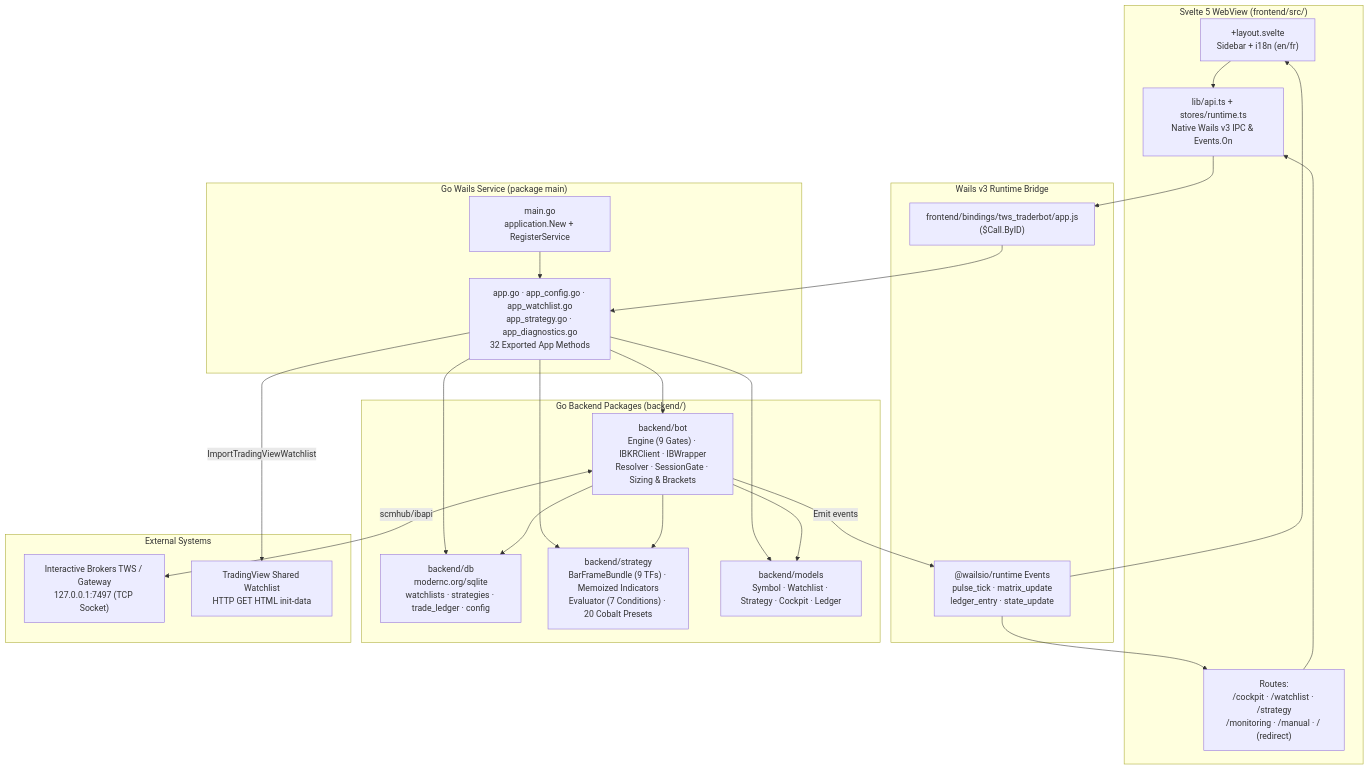
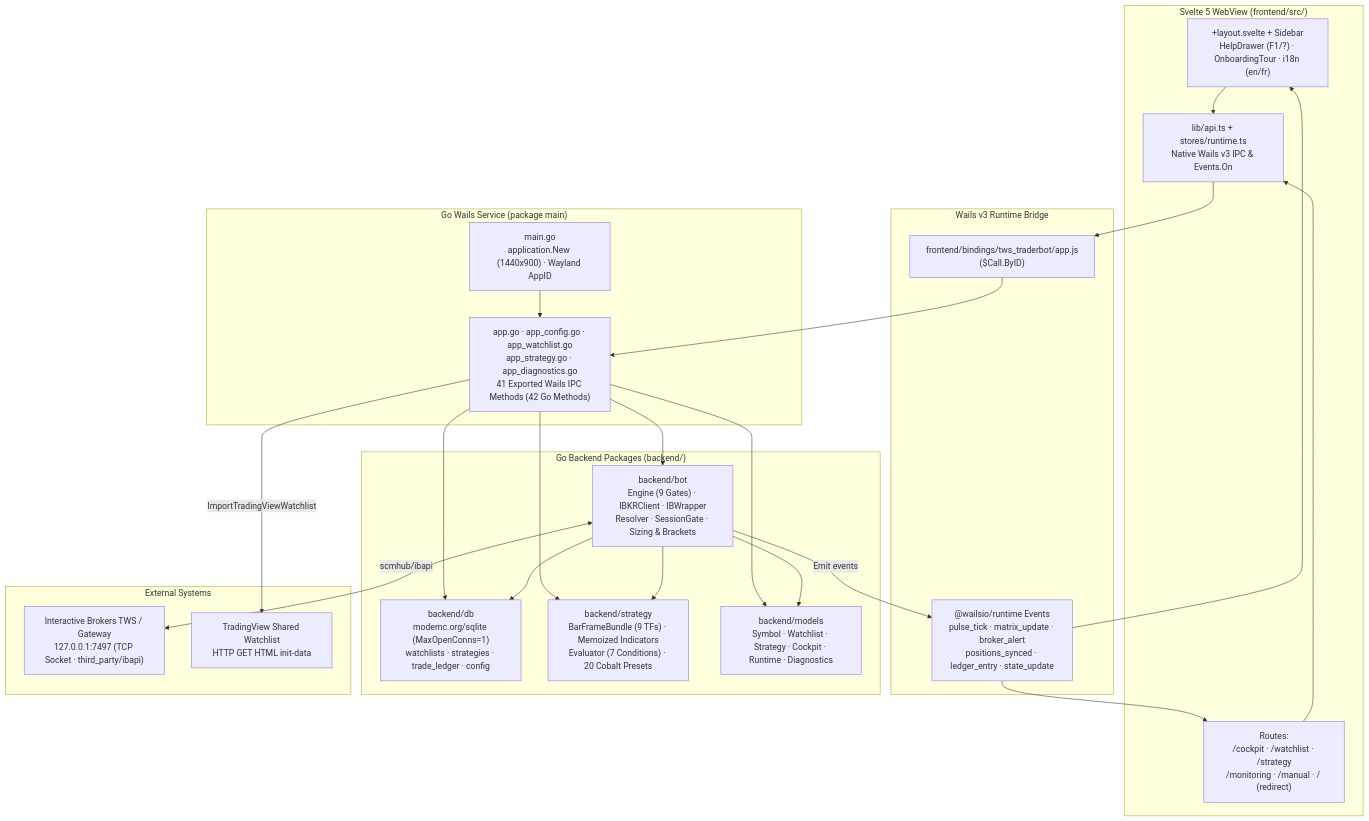
One commit to Boostao/tws_tradingbot changed the first of 2 diagrams in okf/02_present_state/system_architecture.md. Above: the diagram before and after it, drawn with Mermaid. The commit also changed other lines of this file and 541 other files, not shown here.

Commit message:
feat: complete Cobalt V2 cockpit, live TWS telemetry, brand system, workbench, and onboarding

````diff
--- a/okf/02_present_state/system_architecture.md
+++ b/okf/02_present_state/system_architecture.md
@@ -12,48 +12,48 @@
 ```mermaid
 flowchart TB
     subgraph UI["Svelte 5 WebView (frontend/src/)"]
-        Layout["+layout.svelte<br/>Sidebar + i18n (en/fr)"]
+        Layout["+layout.svelte + Sidebar<br/>HelpDrawer (F1/?) · OnboardingTour · i18n (en/fr)"]
         Routes["Routes:<br/>/cockpit · /watchlist · /strategy<br/>/monitoring · /manual · / (redirect)"]
         ApiTS["lib/api.ts + stores/runtime.ts<br/>Native Wails v3 IPC &amp; Events.On"]
     end
 
     subgraph IPC["Wails v3 Runtime Bridge"]
         Bindings["frontend/bindings/tws_traderbot/app.js<br/>($Call.ByID)"]
-        Events["@wailsio/runtime Events<br/>pulse_tick · matrix_update<br/>ledger_entry · state_update"]
+        Events["@wailsio/runtime Events<br/>pulse_tick · matrix_update · broker_alert<br/>positions_synced · ledger_entry · state_update"]
     end
 
     subgraph AppSvc["Go Wails Service (package main)"]
-        Main["main.go<br/>application.New + RegisterService"]
-        AppCore["app.go · app_config.go · app_watchlist.go<br/>app_strategy.go · app_diagnostics.go<br/>32 Exported App Methods"]
+        Main["main.go<br/>application.New (1440x900) · Wayland AppID"]
+        AppCore["app.go · app_config.go · app_watchlist.go<br/>app_strategy.go · app_diagnostics.go<br/>41 Exported Wails IPC Methods (42 Go Methods)"]
     end
 
     subgraph Backend["Go Backend Packages (backend/)"]
-        DB["backend/db<br/>modernc.org/sqlite<br/>watchlists · strategies · trade_ledger · config"]
+        DB["backend/db<br/>modernc.org/sqlite (MaxOpenConns=1)<br/>watchlists · strategies · trade_ledger · config"]
         Bot["backend/bot<br/>Engine (9 Gates) · IBKRClient · IBWrapper<br/>Resolver · SessionGate · Sizing &amp; Brackets"]
         Strat["backend/strategy<br/>BarFrameBundle (9 TFs) · Memoized Indicators<br/>Evaluator (7 Conditions) · 20 Cobalt Presets"]
-        Models["backend/models<br/>Symbol · Watchlist · Strategy · Cockpit · Ledger"]
+        Models["backend/models<br/>Symbol · Watchlist · Strategy · Cockpit · Runtime · Diagnostics"]
     end
 
     subgraph External["External Systems"]
-        TWS["Interactive Brokers TWS / Gateway<br/>127.0.0.1:7497 (TCP Socket)"]
+        TWS["Interactive Brokers TWS / Gateway<br/>127.0.0.1:7497 (TCP Socket · third_party/ibapi)"]
         TV["TradingView Shared Watchlist<br/>HTTP GET HTML init-data"]
     end
 
     Routes --> ApiTS
     Layout --> ApiTS
     ApiTS --> Bindings
     Events --> Routes
     Events --> Layout
     Bindings --> AppCore
     Main --> AppCore
     AppCore --> DB
     AppCore --> Bot
     AppCore --> Strat
     AppCore --> Models
     AppCore -->|"ImportTradingViewWatchlist"| TV
     Bot --> Strat
     Bot --> Models
     Bot --> DB
     Bot -->|"Emit events"| Events
     Bot <-->|"scmhub/ibapi"| TWS
 ```
````
